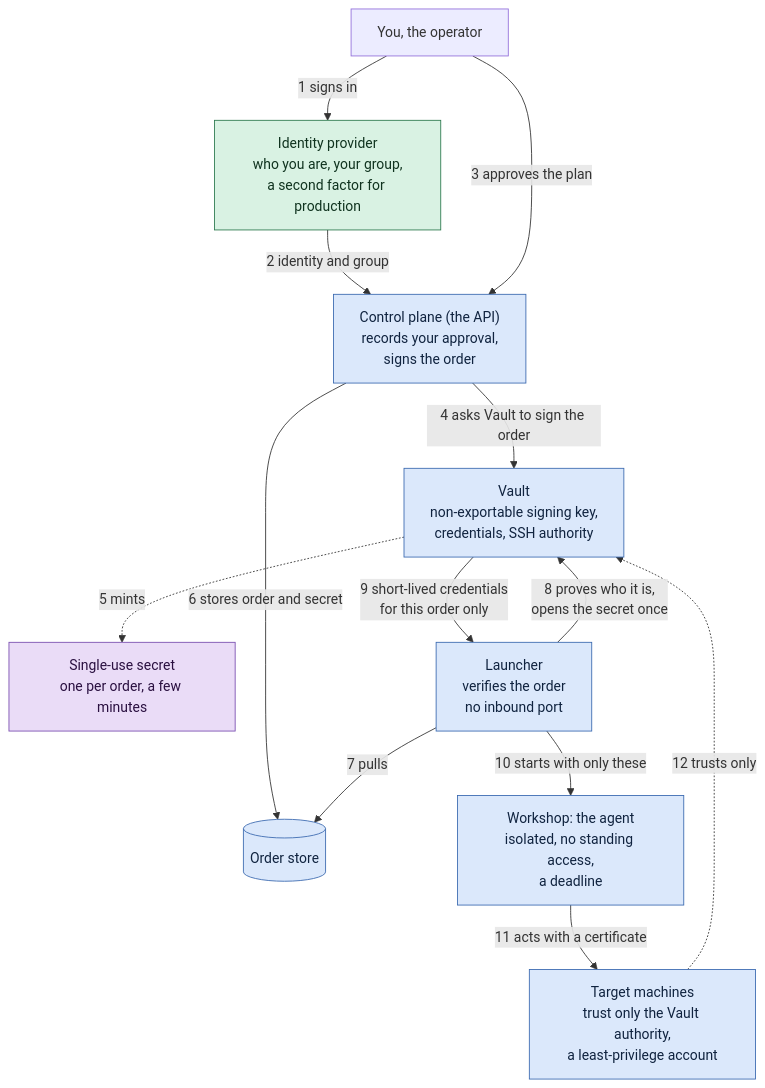
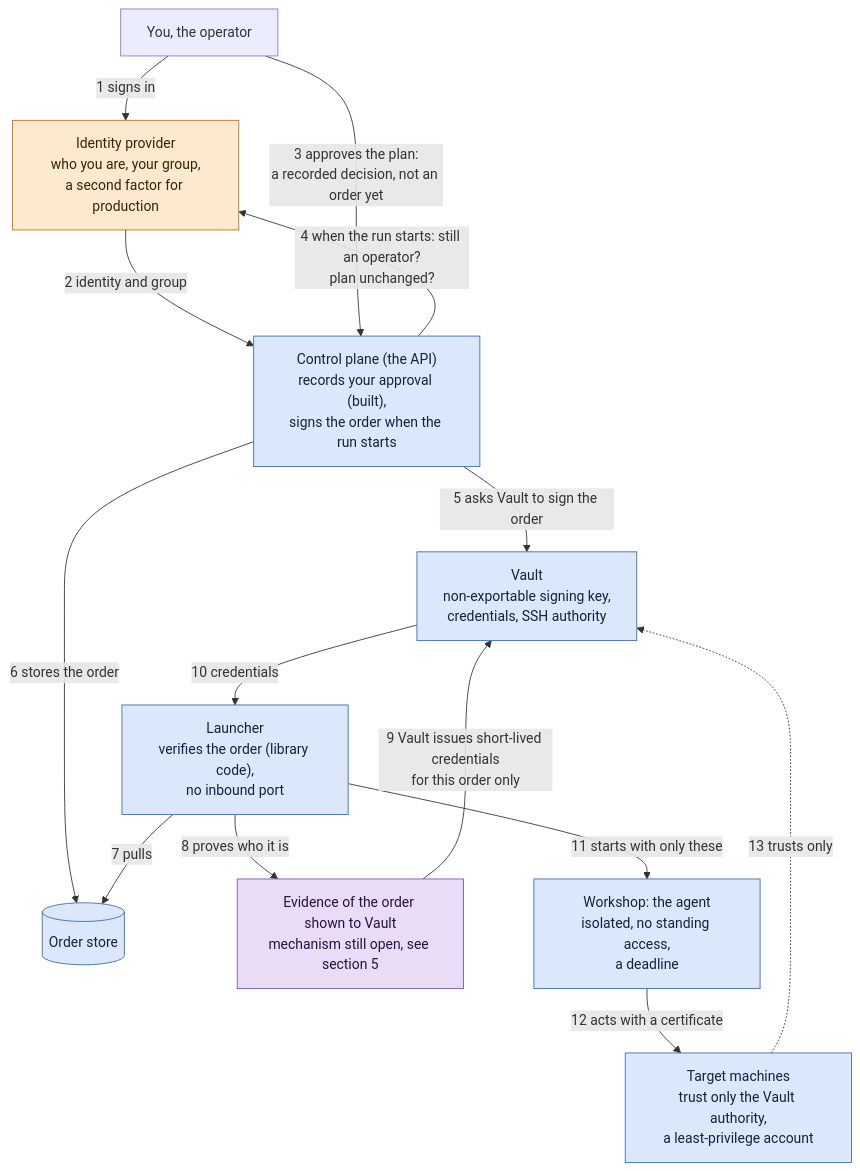
The first of 3 diagrams in docs/security-model.md (MafLabs38/orchestrarr), drawn with Mermaid before and after one commit. The commit also changed other lines of this file and 2 other files, not shown here.

First line of the commit message:
docs(security-model): say what is proposed, what is in review and what is built

````diff
--- a/docs/security-model.md
+++ b/docs/security-model.md
@@ -26,29 +27,30 @@
 ```mermaid
 flowchart TB
   person["You, the operator"]
-  kc["Identity provider<br/>who you are, your group,<br/>a second factor for production"]:::built
-  cp["Control plane (the API)<br/>records your approval,<br/>signs the order"]:::decided
+  kc["Identity provider<br/>who you are, your group,<br/>a second factor for production"]:::review
+  cp["Control plane (the API)<br/>records your approval (built),<br/>signs the order when the run starts"]:::decided
   vault["Vault<br/>non-exportable signing key,<br/>credentials, SSH authority"]:::decided
-  secret["Single-use secret<br/>one per order, a few minutes"]:::proposed
   store[("Order store")]:::decided
-  launcher["Launcher<br/>verifies the order<br/>no inbound port"]:::decided
+  launcher["Launcher<br/>verifies the order (library code),<br/>no inbound port"]:::decided
+  evidence["Evidence of the order shown to Vault<br/>mechanism still open, see section 5"]:::proposed
   shop["Workshop: the agent<br/>isolated, no standing access,<br/>a deadline"]:::decided
   target["Target machines<br/>trust only the Vault authority,<br/>a least-privilege account"]:::decided
 
   person -->|"1 signs in"| kc
   kc -->|"2 identity and group"| cp
-  person -->|"3 approves the plan"| cp
-  cp -->|"4 asks Vault to sign the order"| vault
-  vault -.->|"5 mints"| secret
-  cp -->|"6 stores order and secret"| store
+  person -->|"3 approves the plan:<br/>a recorded decision, not an order yet"| cp
+  cp -->|"4 when the run starts: still an operator?<br/>plan unchanged?"| kc
+  cp -->|"5 asks Vault to sign the order"| vault
+  cp -->|"6 stores the order"| store
   launcher -->|"7 pulls"| store
-  launcher -->|"8 proves who it is,<br/>opens the secret once"| vault
-  vault -->|"9 short-lived credentials<br/>for this order only"| launcher
-  launcher -->|"10 starts with only these"| shop
-  shop -->|"11 acts with a certificate"| target
-  target -.->|"12 trusts only"| vault
+  launcher -->|"8 proves who it is"| evidence
+  evidence -->|"9 Vault issues short-lived credentials<br/>for this order only"| vault
+  vault -->|"10 credentials"| launcher
+  launcher -->|"11 starts with only these"| shop
+  shop -->|"12 acts with a certificate"| target
+  target -.->|"13 trusts only"| vault
 
-  classDef built fill:#d9f2e3,stroke:#2d7a4f,color:#10331f
+  classDef review fill:#fde9cf,stroke:#b8741a,color:#3a2305
   classDef decided fill:#dbe8fb,stroke:#3b6ab0,color:#10233f
   classDef proposed fill:#eadcf7,stroke:#7a4fb0,color:#2a1040
 ```
````
